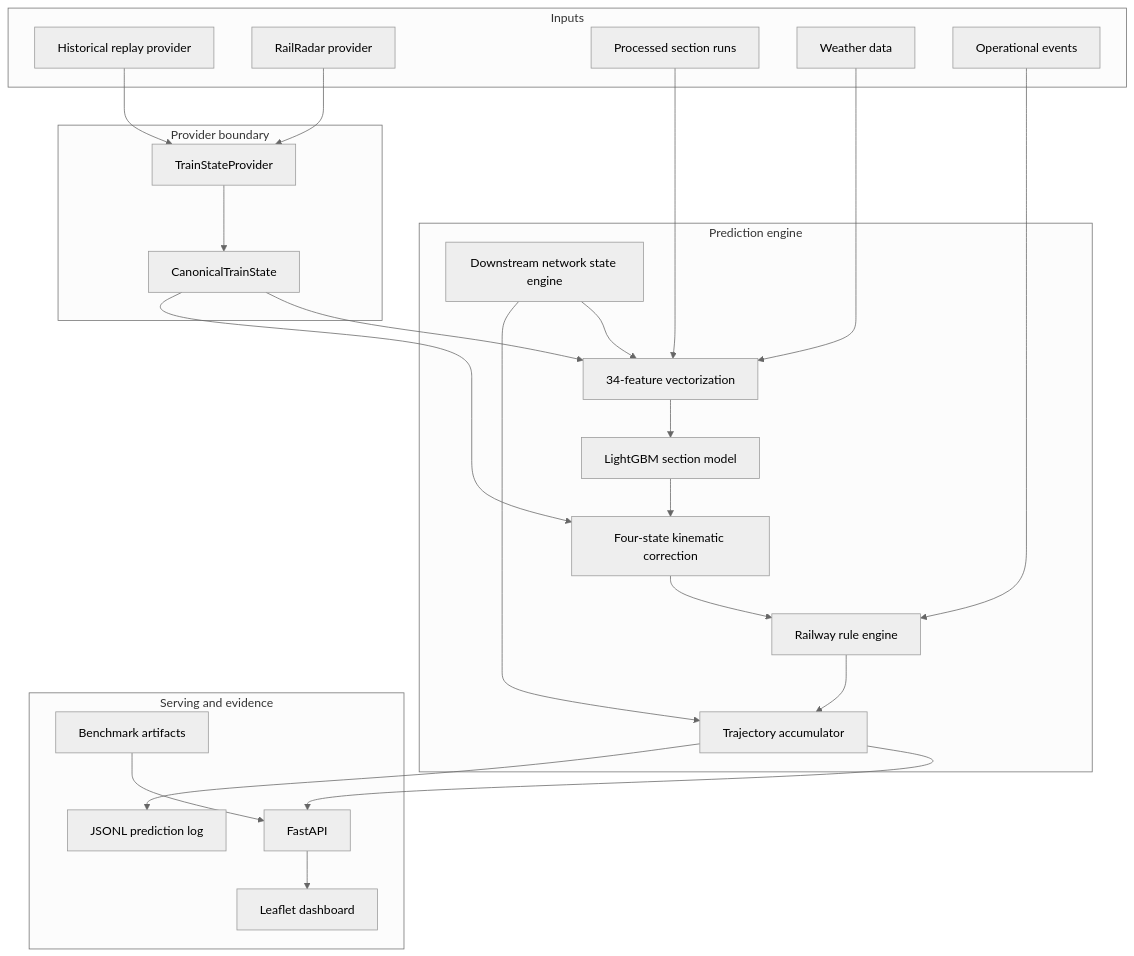
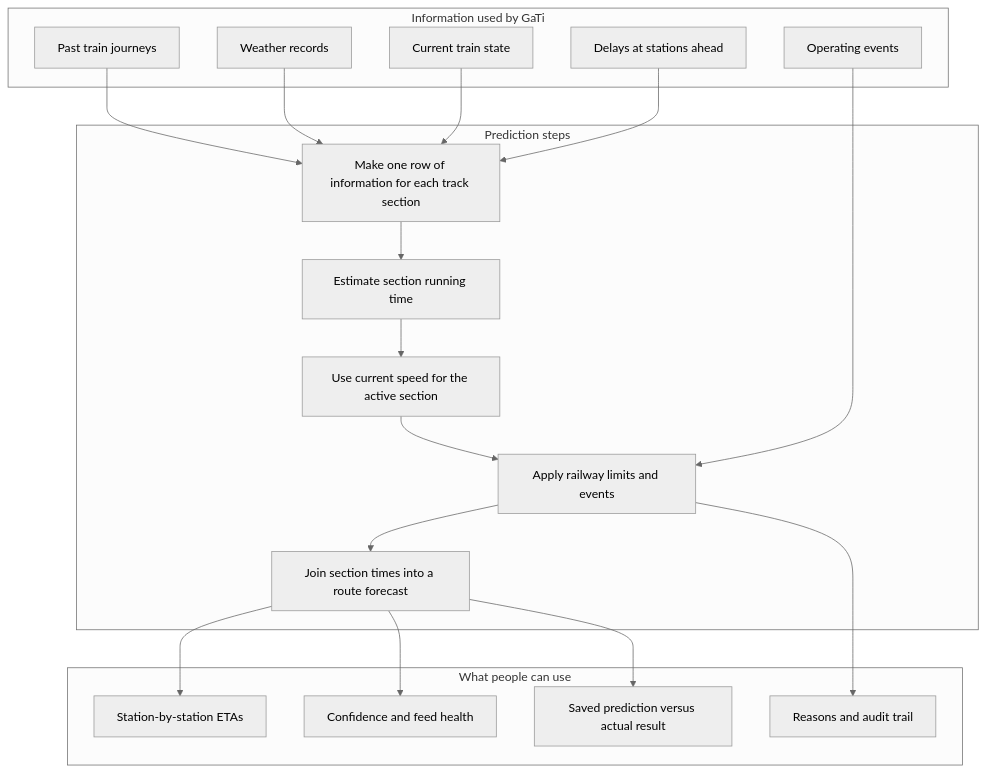
Before and after one commit to ShresthSingh01/ETA: the third of 5 diagrams in README.md, drawn with Mermaid (neutral theme). The commit also changed other lines of this file, not shown here.

````diff
--- a/README.md
+++ b/README.md
@@ -105,47 +144,36 @@
 ```mermaid
 flowchart TB
-    subgraph Inputs[Inputs]
-        R[Historical replay provider]
-        L[RailRadar provider]
-        D[Processed section runs]
-        Y[Weather data]
-        E[Operational events]
+    subgraph Information[Information used by GaTi]
+        H[Past train journeys]
+        W[Weather records]
+        R[Current train state]
+        N[Delays at stations ahead]
+        O[Operating events]
     end
 
-    subgraph Normalize[Provider boundary]
-        P[TrainStateProvider]
-        S[CanonicalTrainState]
+    subgraph Brain[Prediction steps]
+        X[Make one row of information for each track section]
+        M[Estimate section running time]
+        L[Use current speed for the active section]
+        S[Apply railway limits and events]
+        T[Join section times into a route forecast]
     end
 
-    subgraph Predict[Prediction engine]
-        F[34-feature vectorization]
-        M[LightGBM section model]
-        K[Four-state kinematic correction]
-        Q[Downstream network state engine]
-        G[Railway rule engine]
-        T[Trajectory accumulator]
+    subgraph Result[What people can use]
+        A[Station-by-station ETAs]
+        E[Reasons and audit trail]
+        Q[Confidence and feed health]
+        P[Saved prediction versus actual result]
     end
 
-    subgraph Serve[Serving and evidence]
-        API[FastAPI]
-        UI[Leaflet dashboard]
-        J[JSONL prediction log]
-        B[Benchmark artifacts]
-    end
-
-    R --> P
-    L --> P
-    P --> S
-    D --> F
-    Y --> F
-    S --> F
-    S --> K
-    Q --> F
-    E --> G
-    F --> M --> K --> G --> T
-    Q --> T
-    T --> API
-    API --> UI
-    T --> J
-    B --> API
+    H --> X
+    W --> X
+    R --> X
+    N --> X
+    O --> S
+    X --> M --> L --> S --> T
+    T --> A
+    S --> E
+    T --> Q
+    T --> P
 ```
````
